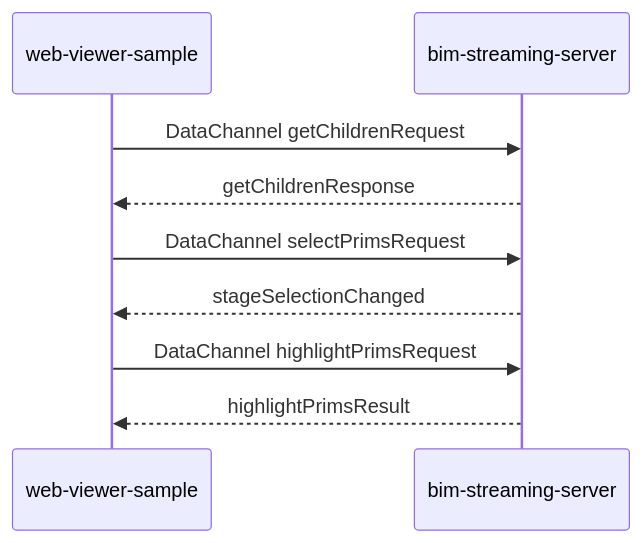
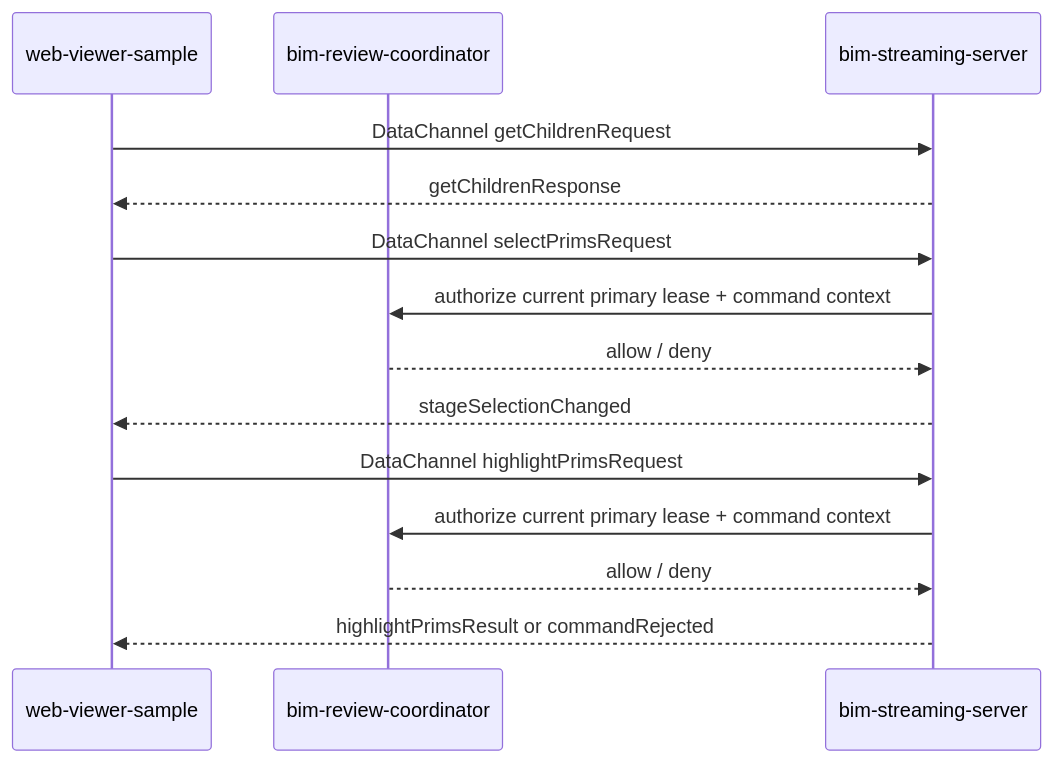
The second of 2 diagrams in docs/agents/repo-data-flow-and-ownership.md (monkey1sai/AI-BIM-governance), drawn with Mermaid before and after one commit. The commit also changed other lines of this file and 60 other files, not shown here.

Commit message:
feat(runtime): enforce coordinator command authority

````diff
--- a/docs/agents/repo-data-flow-and-ownership.md
+++ b/docs/agents/repo-data-flow-and-ownership.md
@@ -66,12 +76,17 @@
 ```mermaid
 sequenceDiagram
     participant WV as web-viewer-sample
+    participant CO as bim-review-coordinator
     participant KIT as bim-streaming-server
 
     WV->>KIT: DataChannel getChildrenRequest
     KIT-->>WV: getChildrenResponse
     WV->>KIT: DataChannel selectPrimsRequest
+    KIT->>CO: authorize current primary lease + command context
+    CO-->>KIT: allow / deny
     KIT-->>WV: stageSelectionChanged
     WV->>KIT: DataChannel highlightPrimsRequest
-    KIT-->>WV: highlightPrimsResult
+    KIT->>CO: authorize current primary lease + command context
+    CO-->>KIT: allow / deny
+    KIT-->>WV: highlightPrimsResult or commandRejected
 ```
````
